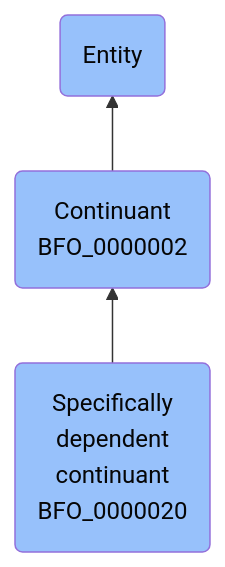
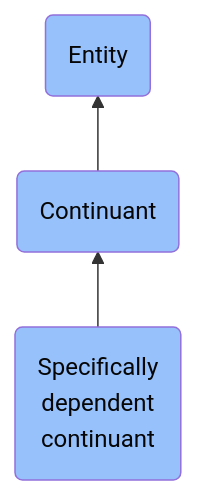
One commit to jupyter-naas/abi changed the diagram in docs/ontology/reference/model/Entity/Continuant/Specifically dependent continuant/Specifically dependent continuant.md. Above: the diagram before and after it, drawn with Mermaid. The commit also changed other lines of this file and 1430 other files, not shown here.

````diff
--- a/docs/ontology/reference/model/Entity/Continuant/Specifically dependent continuant/Specifically dependent continuant.md
+++ b/docs/ontology/reference/model/Entity/Continuant/Specifically dependent continuant/Specifically dependent continuant.md
@@ -25,10 +25,10 @@
 ```mermaid
 graph BT
-    BFO_0000020(Specifically<br>dependent<br>continuant<br>BFO_0000020):::BFO-->BFO_0000002
-    BFO_0000002(Continuant<br>BFO_0000002):::BFO-->BFO_0000001
+    BFO_0000020(Specifically<br>dependent<br>continuant):::BFO-->BFO_0000002
+    BFO_0000002(Continuant):::BFO-->BFO_0000001
     BFO_0000001(Entity):::BFO
     
     classDef BFO fill:#97c1fb,color:#060606
     classDef CCO fill:#e4c51e,color:#060606
     classDef ABI fill:#48DD82,color:#060606
 ```
````
